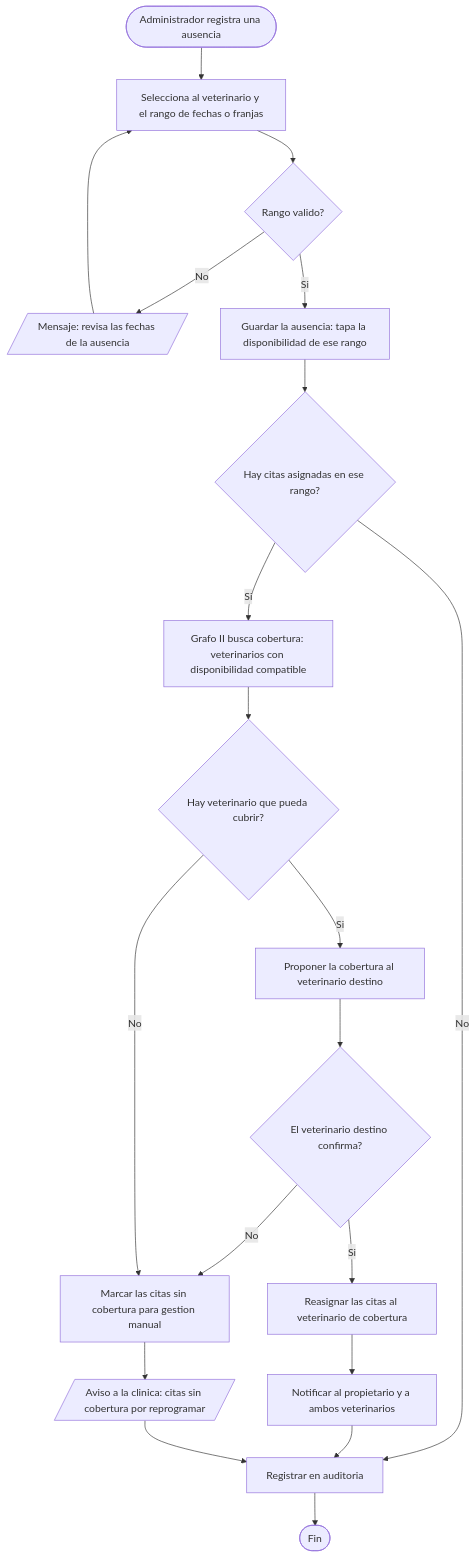
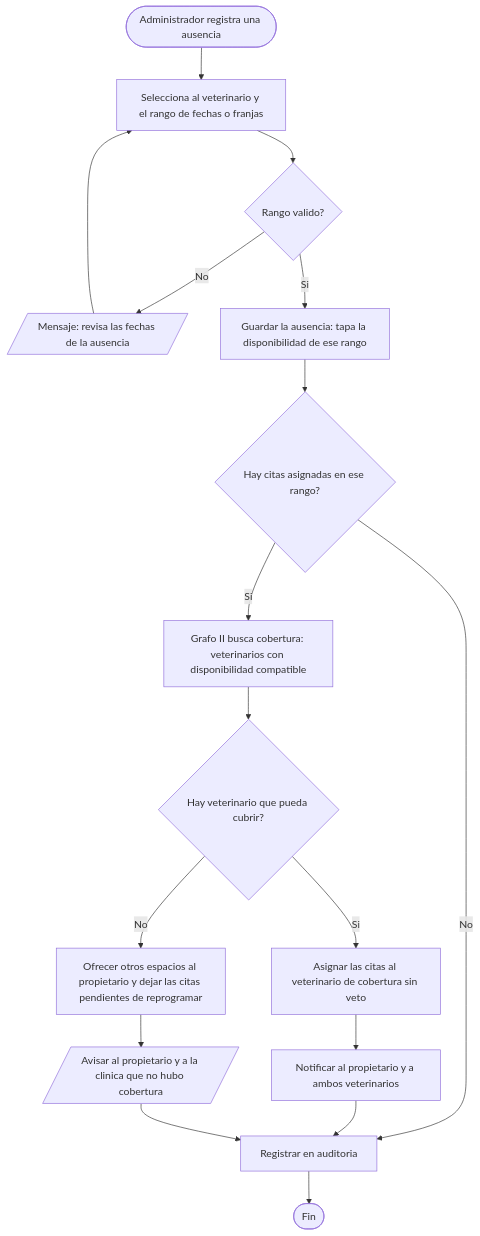
One commit to carvajal7lsch-commits/Zooki changed the ninth of 22 diagrams in documentacion/Modelos.md. Above: the diagram before and after it, drawn with Mermaid. The commit also changed other lines of this file and 35 other files, not shown here.

````diff
--- a/documentacion/Modelos.md
+++ b/documentacion/Modelos.md
@@ -355,22 +352,19 @@
 ```mermaid
 flowchart TD
   A([Administrador registra una ausencia]) --> B[Selecciona al veterinario y el rango de fechas o franjas]
   B --> C{Rango valido?}
   C -- No --> C1[/"Mensaje: revisa las fechas de la ausencia"/]
   C1 --> B
   C -- Si --> D[Guardar la ausencia: tapa la disponibilidad de ese rango]
   D --> E{Hay citas asignadas en ese rango?}
   E -- No --> F[Registrar en auditoria]
   E -- Si --> G[Grafo II busca cobertura: veterinarios con disponibilidad compatible]
   G --> H{Hay veterinario que pueda cubrir?}
-  H -- Si --> I[Proponer la cobertura al veterinario destino]
-  I --> J{El veterinario destino confirma?}
-  J -- Si --> K[Reasignar las citas al veterinario de cobertura]
+  H -- Si --> K[Asignar las citas al veterinario de cobertura sin veto]
   K --> L[Notificar al propietario y a ambos veterinarios]
-  J -- No --> M[Marcar las citas sin cobertura para gestion manual]
-  H -- No --> M
-  M --> N[/"Aviso a la clinica: citas sin cobertura por reprogramar"/]
+  H -- No --> M[Ofrecer otros espacios al propietario y dejar las citas pendientes de reprogramar]
+  M --> N[/"Avisar al propietario y a la clinica que no hubo cobertura"/]
   L --> F
   N --> F
   F --> O([Fin])
 ```
````
